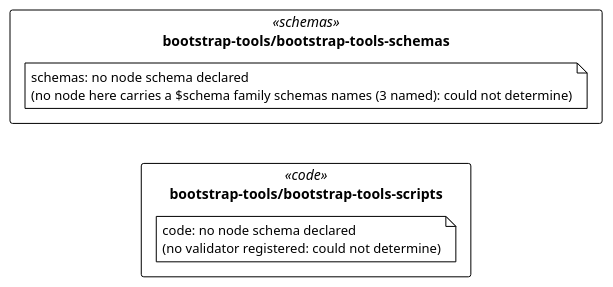
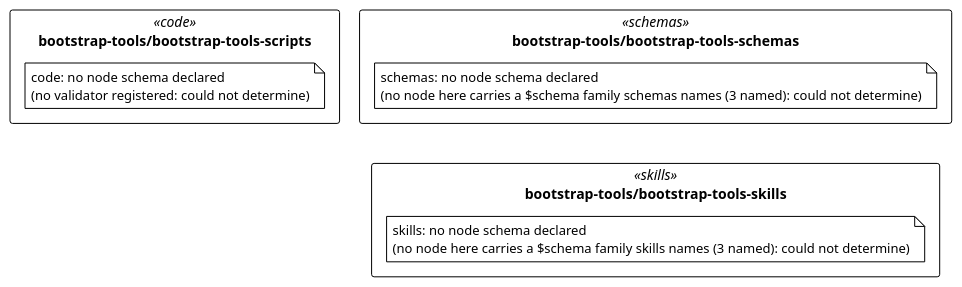
One commit to litlfred/folio-assistant changed the diagram in cat-harness/uml/overview/bootstrap-tools.puml. Above: the diagram before and after it, drawn with PlantUML. The commit also changed 48 other files, not shown here.

First line of the commit message:
bootstrap-tools: regenerate artefacts for the ported skill (l9d5)

```diff
--- a/cat-harness/uml/overview/bootstrap-tools.puml
+++ b/cat-harness/uml/overview/bootstrap-tools.puml
@@ -3,18 +3,21 @@
 @startuml bootstrap_tools
 !pragma layout elk
 !theme plain
 skinparam classAttributeIconSize 0
 skinparam shadowing false
 skinparam packageStyle rectangle
 hide empty methods
 
 package "bootstrap-tools/bootstrap-tools-schemas" as pkg_bootstrap_tools_bootstrap_tools_schemas <<schemas>> {
   note "schemas: no node schema declared\n(no node here carries a $schema family schemas names (3 named): could not determine)" as n_bootstrap_tools_bootstrap_tools_schemas_schemas
 }
 package "bootstrap-tools/bootstrap-tools-scripts" as pkg_bootstrap_tools_bootstrap_tools_scripts <<code>> {
   note "code: no node schema declared\n(no validator registered: could not determine)" as n_bootstrap_tools_bootstrap_tools_scripts_code
 }
+package "bootstrap-tools/bootstrap-tools-skills" as pkg_bootstrap_tools_bootstrap_tools_skills <<skills>> {
+  note "skills: no node schema declared\n(no node here carries a $schema family skills names (3 named): could not determine)" as n_bootstrap_tools_bootstrap_tools_skills_skills
+}
 
-' grid: portrait, 1 column(s) — pkg_bootstrap_tools_bootstrap_tools_schemas pkg_bootstrap_tools_bootstrap_tools_scripts
-pkg_bootstrap_tools_bootstrap_tools_schemas -[hidden]down- pkg_bootstrap_tools_bootstrap_tools_scripts
+' grid: portrait, 2 column(s) — pkg_bootstrap_tools_bootstrap_tools_schemas pkg_bootstrap_tools_bootstrap_tools_scripts pkg_bootstrap_tools_bootstrap_tools_skills
+pkg_bootstrap_tools_bootstrap_tools_schemas -[hidden]down- pkg_bootstrap_tools_bootstrap_tools_skills
 @enduml
```
